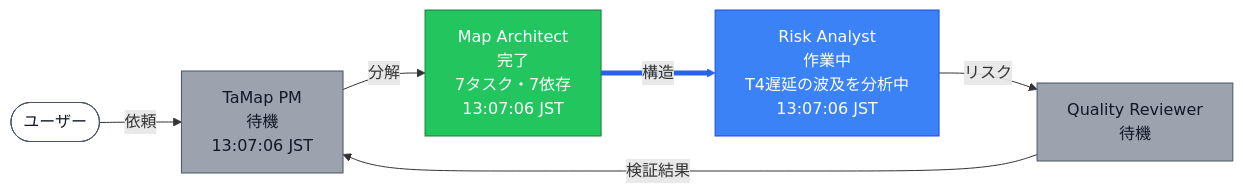
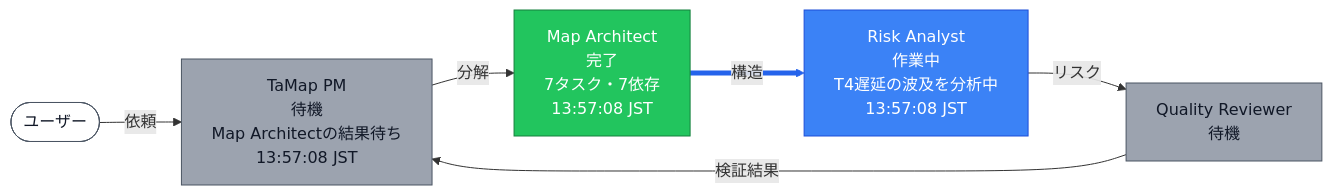
One commit to nekomario28/tamap changed the sixth of 11 diagrams in docs/sample_output.md. Above: the diagram before and after it, drawn with Mermaid. The commit also changed other lines of this file and 10 other files, not shown here.

First line of the commit message:
feat: PM auto-idle, revision diff line, QR before/after, flow GIF (UX_DESIGN P2-P4)

````diff
--- a/docs/sample_output.md
+++ b/docs/sample_output.md
@@ -150,23 +183,23 @@
 ```mermaid
 flowchart LR
   U(["ユーザー"])
-  PM["TaMap PM<br>待機<br>13:07:06 JST"]
-  MA["Map Architect<br>完了<br>7タスク・7依存<br>13:07:06 JST"]
-  RA["Risk Analyst<br>作業中<br>T4遅延の波及を分析中<br>13:07:06 JST"]
+  PM["TaMap PM<br>待機<br>Map Architectの結果待ち<br>13:57:08 JST"]
+  MA["Map Architect<br>完了<br>7タスク・7依存<br>13:57:08 JST"]
+  RA["Risk Analyst<br>作業中<br>T4遅延の波及を分析中<br>13:57:08 JST"]
   QR["Quality Reviewer<br>待機"]
   U -- 依頼 --> PM
   PM -- 分解 --> MA
   MA -- 構造 --> RA
   RA -- リスク --> QR
   QR -- 検証結果 --> PM
   classDef idle fill:#9ca3af,stroke:#4b5563,color:#111827
   classDef working fill:#3b82f6,stroke:#1d4ed8,color:#ffffff
   classDef done fill:#22c55e,stroke:#15803d,color:#ffffff
   classDef error fill:#ef4444,stroke:#991b1b,color:#ffffff
   classDef user fill:#ffffff,stroke:#4b5563,color:#111827
   class U user
   class PM,QR idle
   class MA done
   class RA working
   linkStyle 2 stroke:#2563eb,stroke-width:5px
 ```
````
